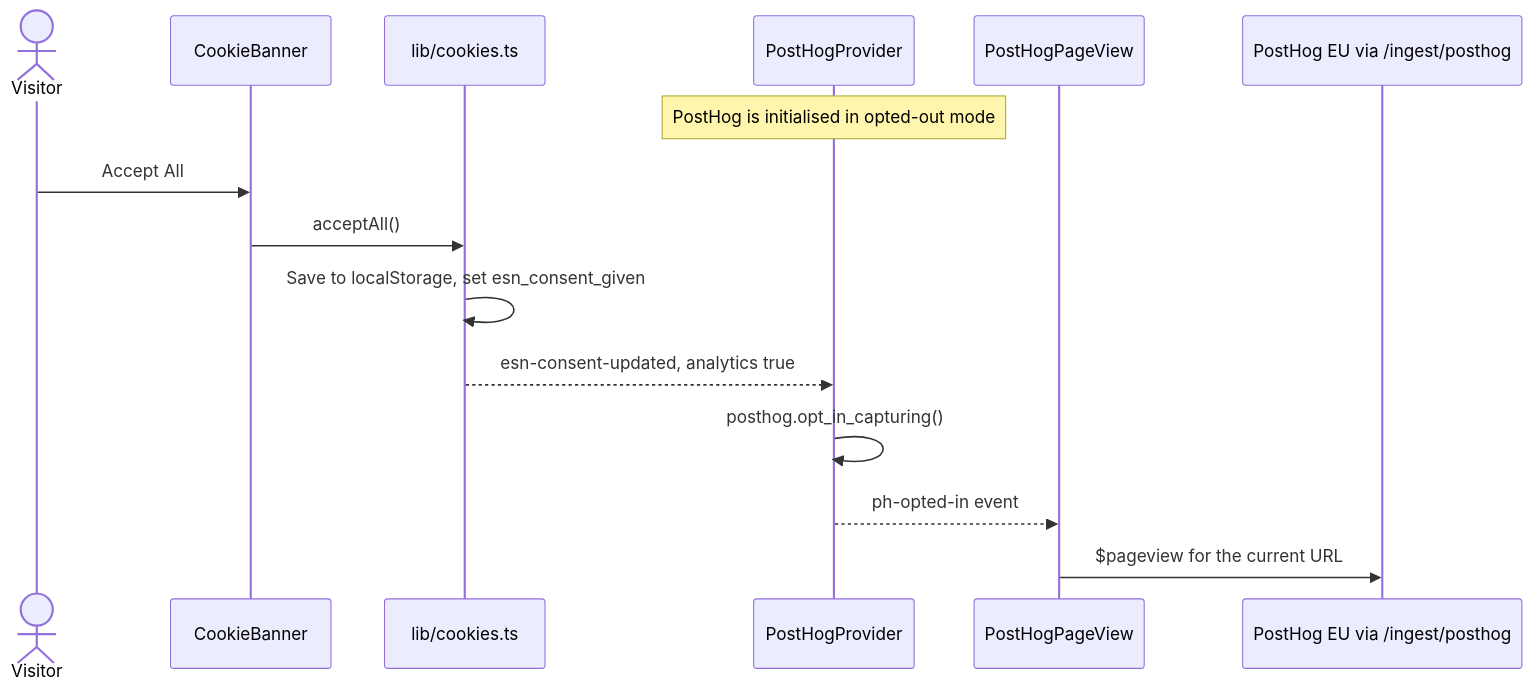
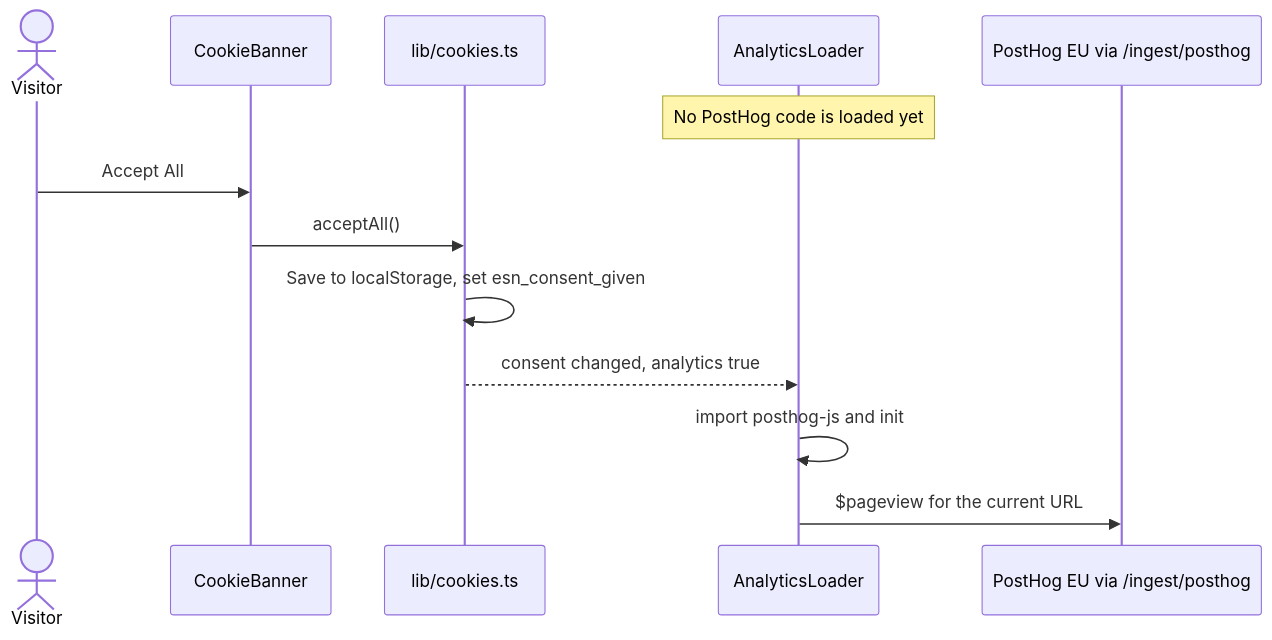
One commit to MaksymKorchynskyi/new-website-esnukraine changed the diagram in docs/architecture/privacy-and-analytics.md. Above: the diagram before and after it, drawn with Mermaid. The commit also changed other lines of this file and 9 other files, not shown here.

First line of the commit message:
fix: zero-config webhook, production PostHog capture, "14 Oct 2025" dates

````diff
--- a/docs/architecture/privacy-and-analytics.md
+++ b/docs/architecture/privacy-and-analytics.md
@@ -72,21 +73,19 @@
 ```mermaid
 sequenceDiagram
     accTitle: Analytics consent flow
-    accDescr: PostHog starts opted out. When the visitor accepts analytics, the consent library stores the choice and dispatches an event. The PostHog provider then opts in, and page views are sent through the first-party proxy to PostHog EU.
+    accDescr: Nothing from PostHog is loaded until the visitor accepts analytics. Then the loader downloads posthog-js, initialises it, and page views are sent through the first-party proxy to PostHog EU.
 
     actor Visitor
     participant Banner as CookieBanner
     participant Consent as lib/cookies.ts
-    participant Provider as PostHogProvider
-    participant PageView as PostHogPageView
+    participant Loader as AnalyticsLoader
     participant PostHog as PostHog EU via /ingest/posthog
 
-    Note over Provider: PostHog is initialised in opted-out mode
+    Note over Loader: No PostHog code is loaded yet
     Visitor->>Banner: Accept All
     Banner->>Consent: acceptAll()
     Consent->>Consent: Save to localStorage, set esn_consent_given
-    Consent-->>Provider: esn-consent-updated, analytics true
-    Provider->>Provider: posthog.opt_in_capturing()
-    Provider-->>PageView: ph-opted-in event
-    PageView->>PostHog: $pageview for the current URL
+    Consent-->>Loader: consent changed, analytics true
+    Loader->>Loader: import posthog-js and init
+    Loader->>PostHog: $pageview for the current URL
 ```
````
